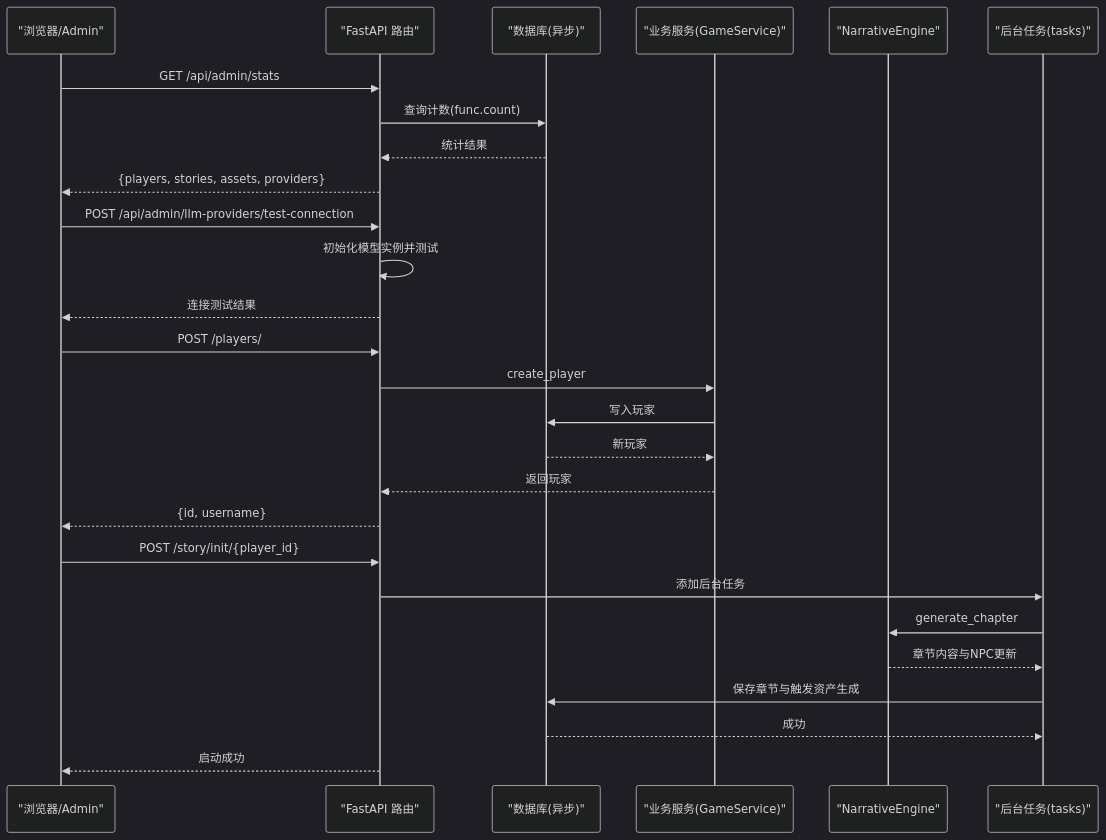
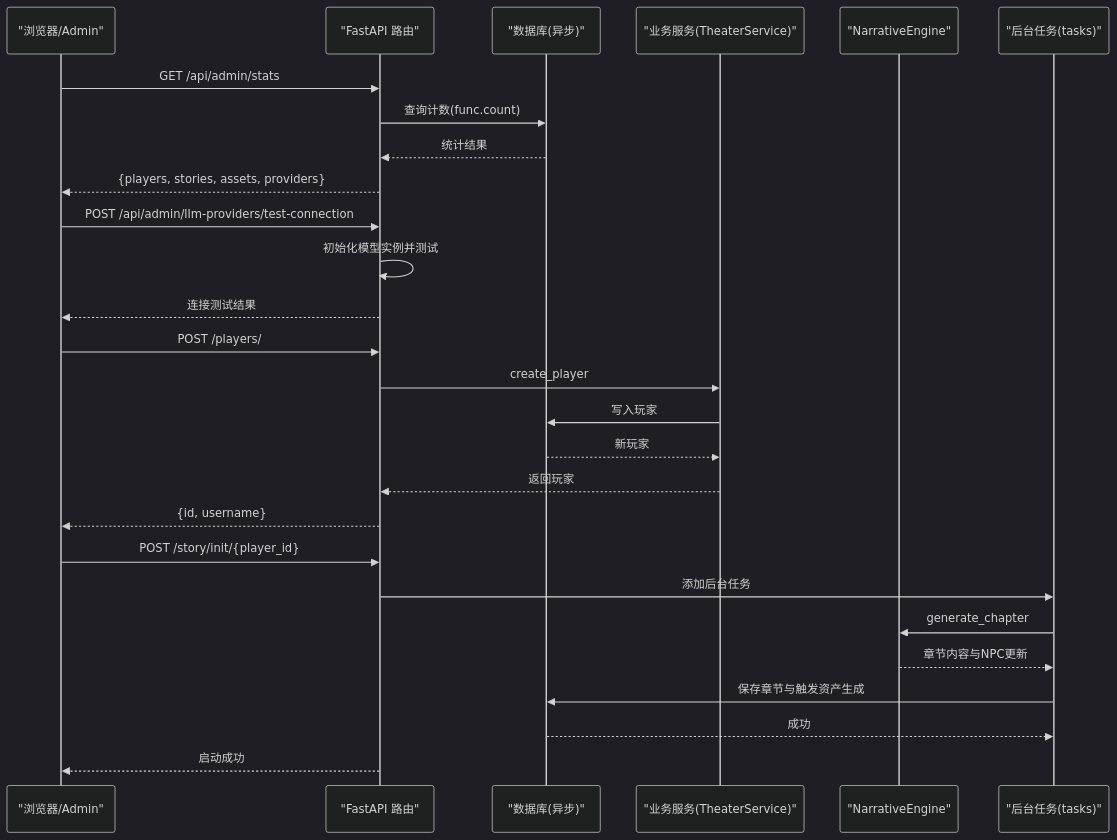
One commit to KunLabAI/KunFlix changed the second of 6 diagrams in .qoder/repowiki/zh/content/后台管理系统/数据统计分析.md. Above: the diagram before and after it, drawn with Mermaid (dark theme). The commit also changed other lines of this file and 112 other files, not shown here.

````diff
--- a/.qoder/repowiki/zh/content/后台管理系统/数据统计分析.md
+++ b/.qoder/repowiki/zh/content/后台管理系统/数据统计分析.md
@@ -133,29 +133,29 @@
 ```mermaid
 sequenceDiagram
 participant Client as "浏览器/Admin"
 participant API as "FastAPI 路由"
 participant DB as "数据库(异步)"
-participant Svc as "业务服务(GameService)"
+participant Svc as "业务服务(TheaterService)"
 participant Eng as "NarrativeEngine"
 participant Tasks as "后台任务(tasks)"
 Client->>API : GET /api/admin/stats
 API->>DB : 查询计数(func.count)
 DB-->>API : 统计结果
 API-->>Client : {players, stories, assets, providers}
 Client->>API : POST /api/admin/llm-providers/test-connection
 API->>API : 初始化模型实例并测试
 API-->>Client : 连接测试结果
 Client->>API : POST /players/
 API->>Svc : create_player
 Svc->>DB : 写入玩家
 DB-->>Svc : 新玩家
 Svc-->>API : 返回玩家
 API-->>Client : {id, username}
 Client->>API : POST /story/init/{player_id}
 API->>Tasks : 添加后台任务
 Tasks->>Eng : generate_chapter
 Eng-->>Tasks : 章节内容与NPC更新
 Tasks->>DB : 保存章节与触发资产生成
 DB-->>Tasks : 成功
 API-->>Client : 启动成功
 ```
````
